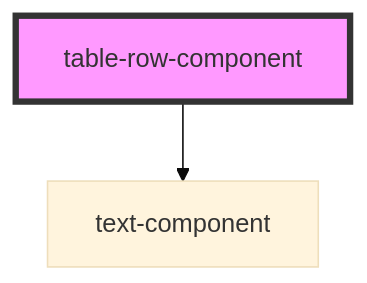
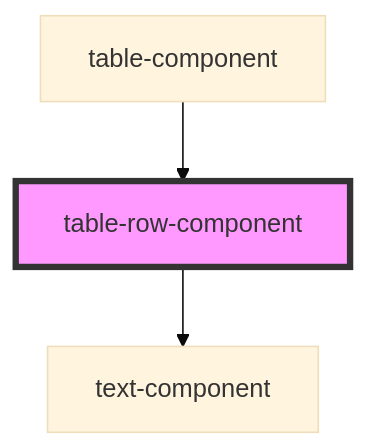
One commit to design-system-dev/scania-dev-test changed the diagram in packages/components/src/components/table-row-component/readme.md. Above: the diagram before and after it, drawn with Mermaid (base theme). The commit also changed other lines of this file and 7 other files, not shown here.

Commit message:
feat: add table-component

````diff
--- a/packages/components/src/components/table-row-component/readme.md
+++ b/packages/components/src/components/table-row-component/readme.md
@@ -24,5 +28,6 @@
 ```mermaid
 graph TD;
   table-row-component --> text-component
+  table-component --> table-row-component
   style table-row-component fill:#f9f,stroke:#333,stroke-width:4px
 ```
````
